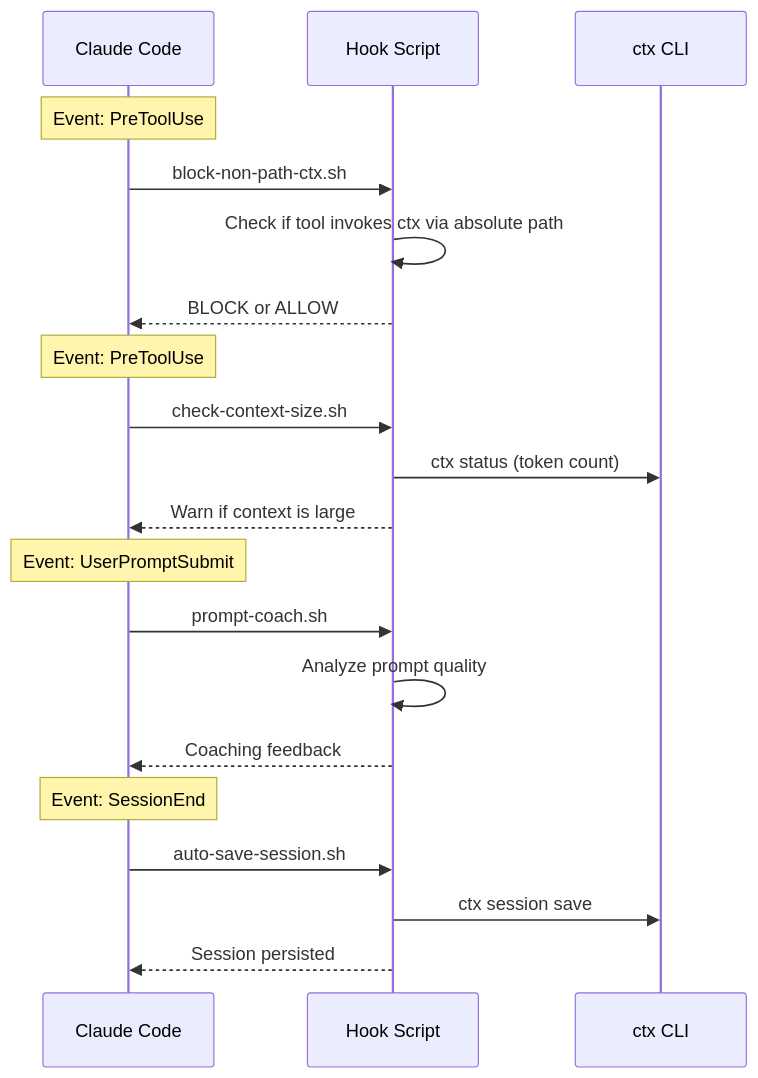
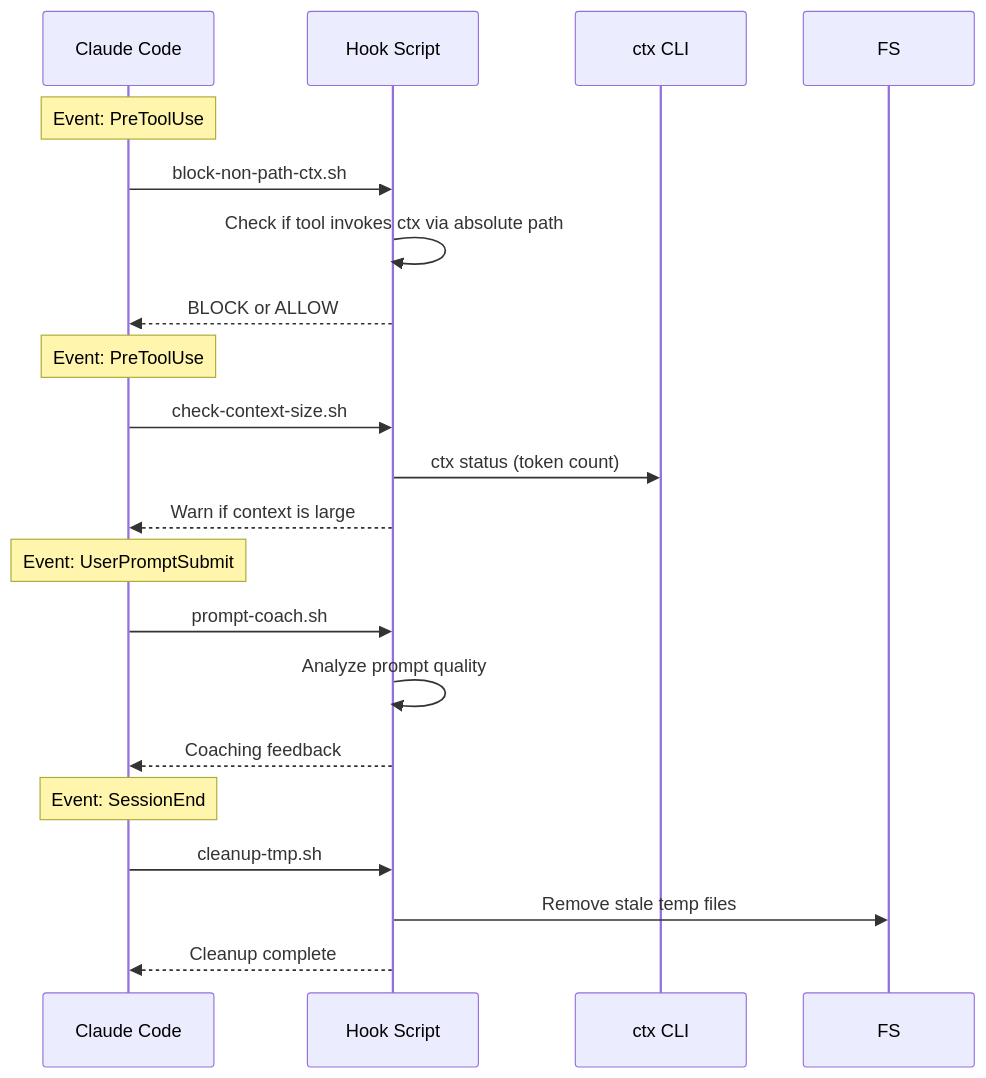
Before and after one commit to ActiveMemory/ctx: the sixth of 7 diagrams in .context/ARCHITECTURE.md, drawn with Mermaid. The commit also changed other lines of this file and 18 other files, not shown here.

First line of the commit message:
Add SessionEnd cleanup hook, fix prompt-coach output, strip debug log (L-5).

````diff
--- a/.context/ARCHITECTURE.md
+++ b/.context/ARCHITECTURE.md
@@ -208,26 +208,26 @@
 ```mermaid
 sequenceDiagram
     participant CC as Claude Code
     participant Hook as Hook Script
     participant CTX as ctx CLI
 
     Note over CC: Event: PreToolUse
     CC->>Hook: block-non-path-ctx.sh
     Hook->>Hook: Check if tool invokes ctx via absolute path
     Hook-->>CC: BLOCK or ALLOW
 
     Note over CC: Event: PreToolUse
     CC->>Hook: check-context-size.sh
     Hook->>CTX: ctx status (token count)
     Hook-->>CC: Warn if context is large
 
     Note over CC: Event: UserPromptSubmit
     CC->>Hook: prompt-coach.sh
     Hook->>Hook: Analyze prompt quality
     Hook-->>CC: Coaching feedback
 
     Note over CC: Event: SessionEnd
-    CC->>Hook: auto-save-session.sh
-    Hook->>CTX: ctx session save
-    Hook-->>CC: Session persisted
+    CC->>Hook: cleanup-tmp.sh
+    Hook->>FS: Remove stale temp files
+    Hook-->>CC: Cleanup complete
 ```
````
